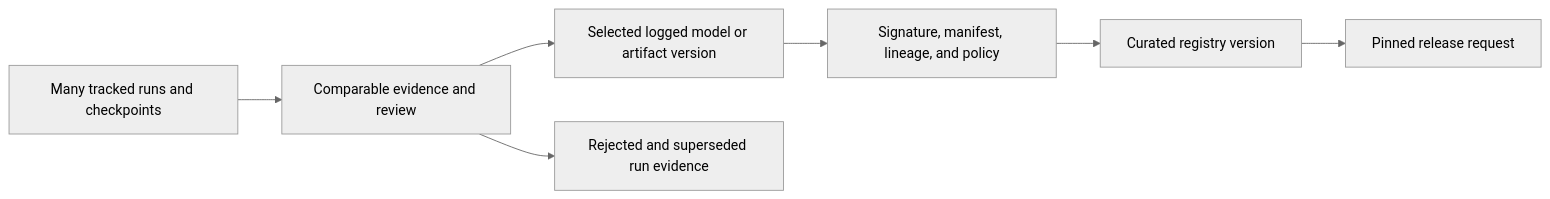
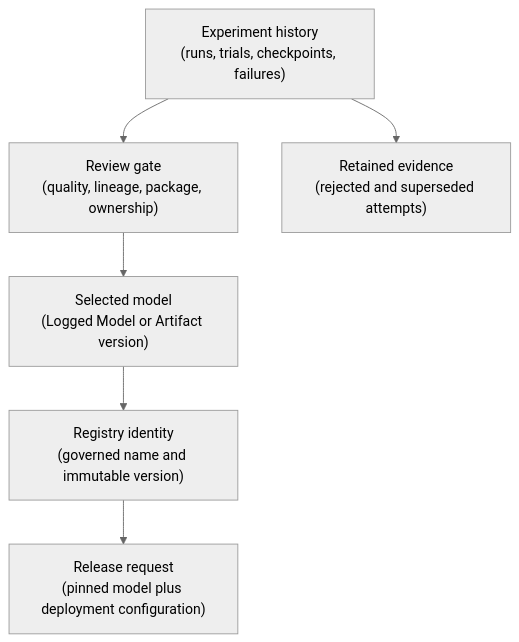
One commit to senlinyy/dev-roadmaps changed the fifth of 5 diagrams in roadmaps/mlops/modules/experiments-and-reproducibility/tools-and-registries/01-mlflow-and-wandb.md. Above: the diagram before and after it, drawn with Mermaid (neutral theme). The commit also changed other lines of this file and 198 other files, not shown here.

````diff
--- a/roadmaps/mlops/modules/experiments-and-reproducibility/tools-and-registries/01-mlflow-and-wandb.md
+++ b/roadmaps/mlops/modules/experiments-and-reproducibility/tools-and-registries/01-mlflow-and-wandb.md
@@ -134,9 +261,8 @@
 ```mermaid
-flowchart LR
-    Runs["Many tracked runs and checkpoints"] --> Compare["Comparable evidence and review"]
-    Compare --> Select["Selected logged model or artifact version"]
-    Select --> Verify["Signature, manifest, lineage, and policy"]
-    Verify --> Registry["Curated registry version"]
-    Registry --> Deploy["Pinned release request"]
-    Compare --> Retain["Rejected and superseded run evidence"]
+flowchart TD
+    A["Experiment history<br/>(runs, trials, checkpoints, failures)"] --> B["Review gate<br/>(quality, lineage, package, ownership)"]
+    B --> C["Selected model<br/>(Logged Model or Artifact version)"]
+    C --> D["Registry identity<br/>(governed name and immutable version)"]
+    D --> E["Release request<br/>(pinned model plus deployment configuration)"]
+    A --> F["Retained evidence<br/>(rejected and superseded attempts)"]
 ```
````
